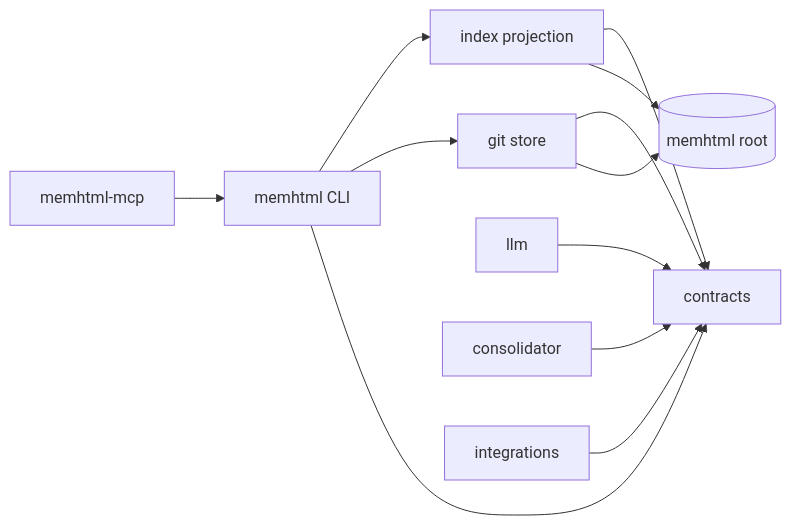
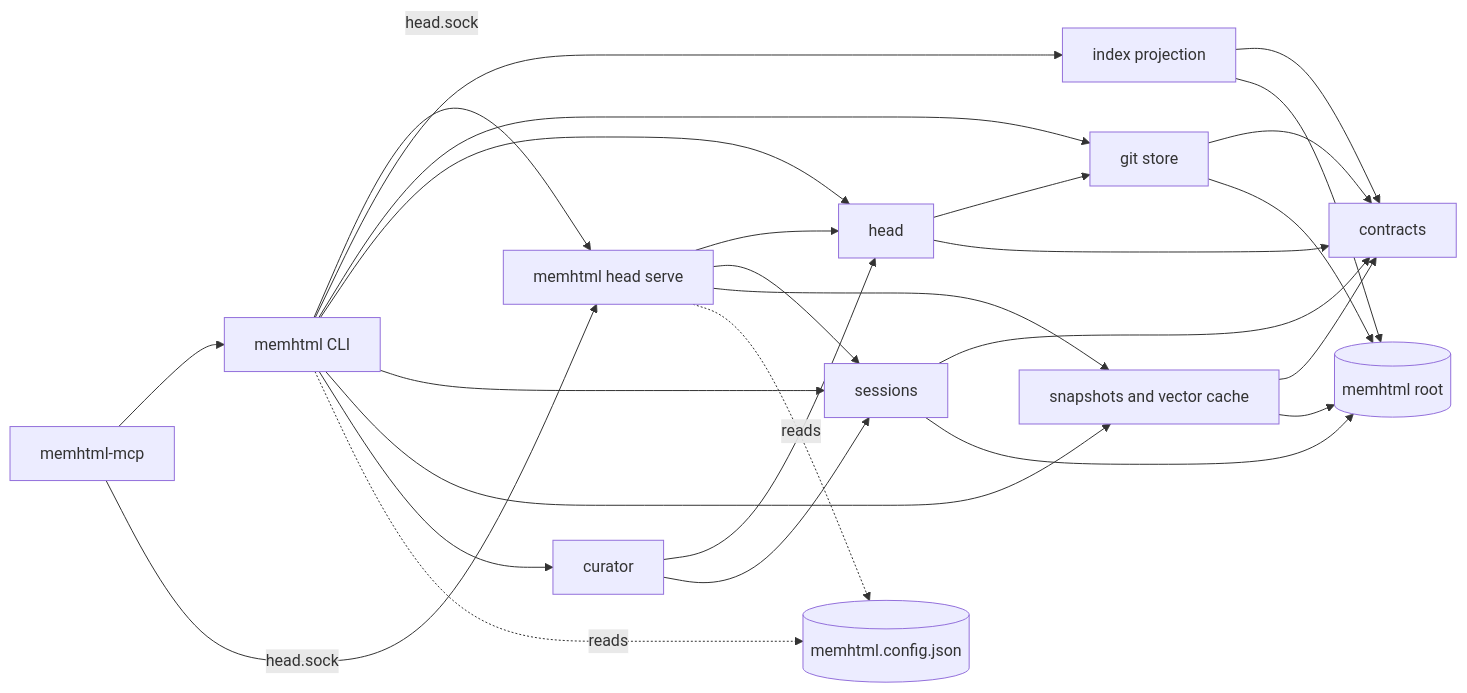
The diagram in docs/architecture/system-overview.md (memhtml/memhtml), drawn with Mermaid before and after one commit. The commit also changed other lines of this file and 19 other files, not shown here.

First line of the commit message:
docs: bring the reference, behavior, architecture, diagram, and insight pages in line with 0.16.0

````diff
--- a/docs/architecture/system-overview.md
+++ b/docs/architecture/system-overview.md
@@ -43,21 +51,42 @@
 ```mermaid
 flowchart LR
   cli["memhtml CLI"]
   mcp["memhtml-mcp"]
+  headServer["memhtml head serve"]
   index["index projection"]
   store["git store"]
+  head["head"]
+  session["sessions"]
+  snapshot["snapshots and vector cache"]
+  curator["curator"]
   contracts["contracts"]
+  config[("memhtml.config.json")]
   root[("memhtml root")]
 
   mcp --> cli
+  cli -->|"head.sock"| headServer
+  mcp -->|"head.sock"| headServer
   cli --> index
   cli --> store
-  cli --> contracts
+  cli --> head
+  cli --> session
+  cli --> snapshot
+  cli --> curator
+  headServer --> head
+  headServer --> session
+  headServer --> snapshot
+  curator --> head
+  curator --> session
+  head --> store
   index --> contracts
   store --> contracts
-  llm --> contracts
-  consolidator --> contracts
-  integrations --> contracts
-  store --> root[("memhtml root")]
+  head --> contracts
+  session --> contracts
+  snapshot --> contracts
+  cli -.->|"reads"| config
+  headServer -.->|"reads"| config
+  store --> root
   index --> root
+  session --> root
+  snapshot --> root
 ```
````
